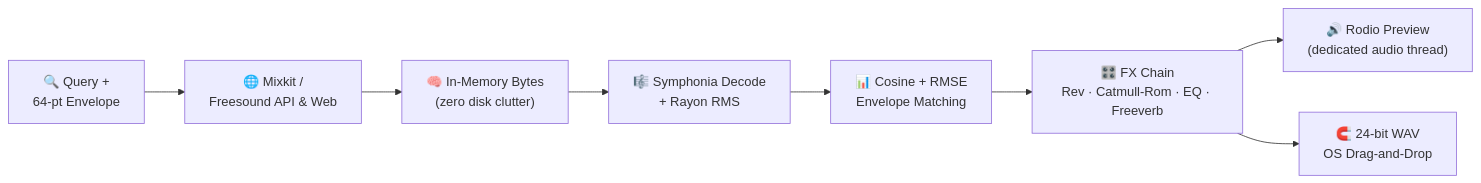
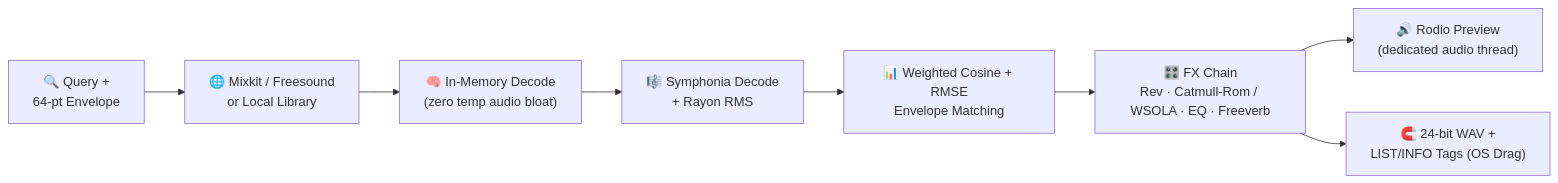
One commit to xantanax1/sfxdebabel changed the diagram in README.md. Above: the diagram before and after it, drawn with Mermaid. The commit also changed other lines of this file and 1 other file, not shown here.

Commit message:
docs: document licenses, local library, responsible use and capture guide

````diff
--- a/README.md
+++ b/README.md
@@ -44,10 +50,10 @@
 ```mermaid
 flowchart LR
-    A["🔍 Query +<br/>64-pt Envelope"] --> B["🌐 Mixkit /<br/>Freesound API & Web"]
-    B --> C["🧠 In-Memory Bytes<br/>(zero disk clutter)"]
+    A["🔍 Query +<br/>64-pt Envelope"] --> B["🌐 Mixkit / Freesound<br/>or Local Library"]
+    B --> C["🧠 In-Memory Decode<br/>(zero temp audio bloat)"]
     C --> D["🎼 Symphonia Decode<br/>+ Rayon RMS"]
-    D --> E["📊 Cosine + RMSE<br/>Envelope Matching"]
-    E --> F["🎛️ FX Chain<br/>Rev · Catmull-Rom · EQ · Freeverb"]
+    D --> E["📊 Weighted Cosine + RMSE<br/>Envelope Matching"]
+    E --> F["🎛️ FX Chain<br/>Rev · Catmull-Rom / WSOLA · EQ · Freeverb"]
     F --> G["🔊 Rodio Preview<br/>(dedicated audio thread)"]
-    F --> H["🧲 24-bit WAV<br/>OS Drag-and-Drop"]
+    F --> H["🧲 24-bit WAV +<br/>LIST/INFO Tags (OS Drag)"]
 ```
````
